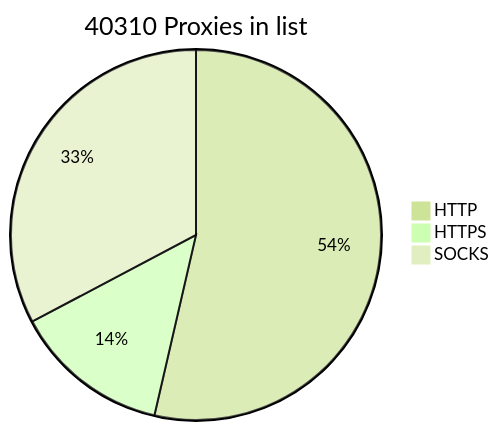
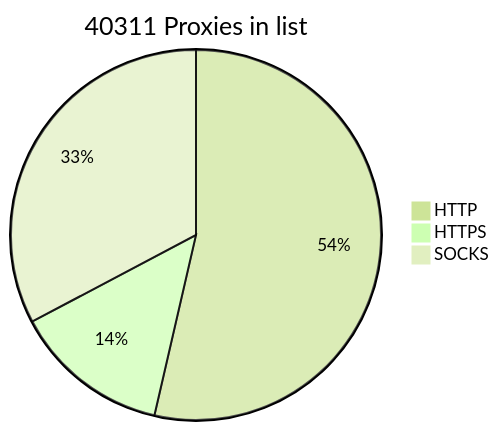
One commit to BlackSnowDot/proxylist-update-every-minute changed the diagram in README.md. Above: the diagram before and after it, drawn with Mermaid (forest theme). The commit also changed other lines of this file, not shown here.

````diff
--- a/README.md
+++ b/README.md
@@ -2,6 +2,6 @@
 ```mermaid
-pie title 40310 Proxies in list
-    "HTTP" : 24231
+pie title 40311 Proxies in list
+    "HTTP" : 24232
     "HTTPS": 6174
     "SOCKS" : 14797
 ```
````
